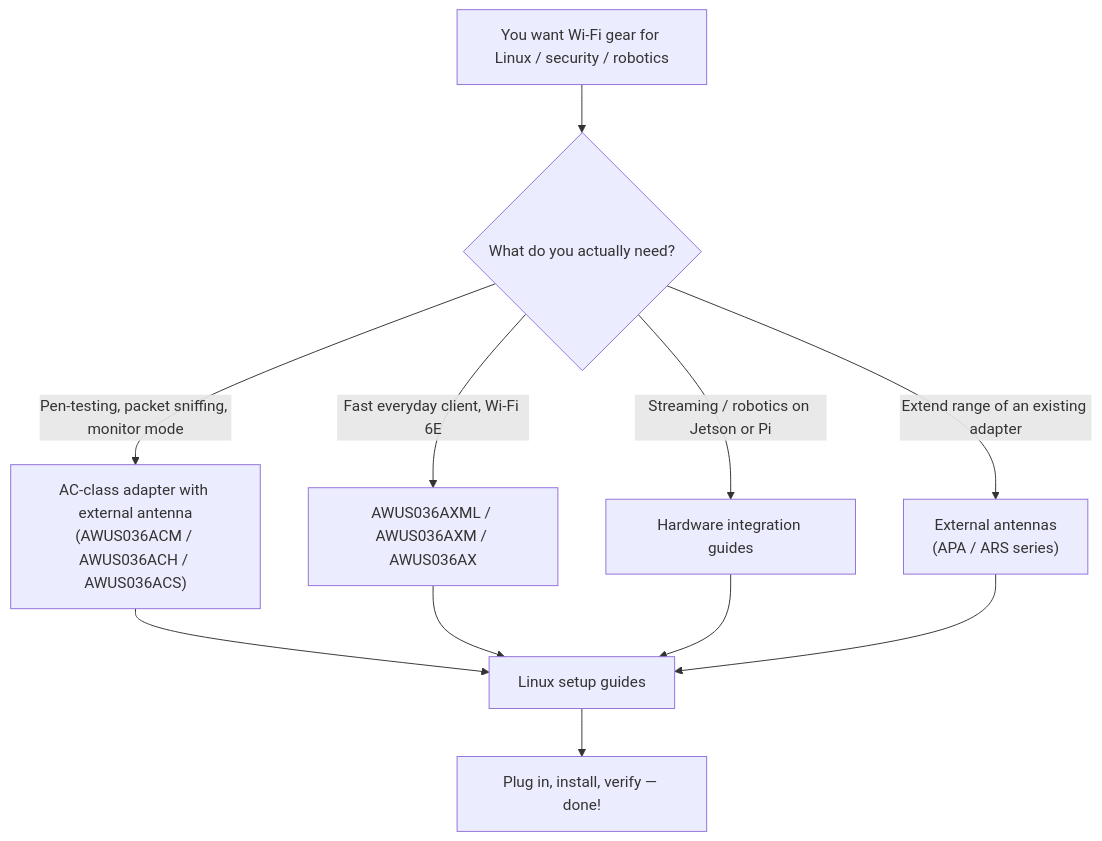
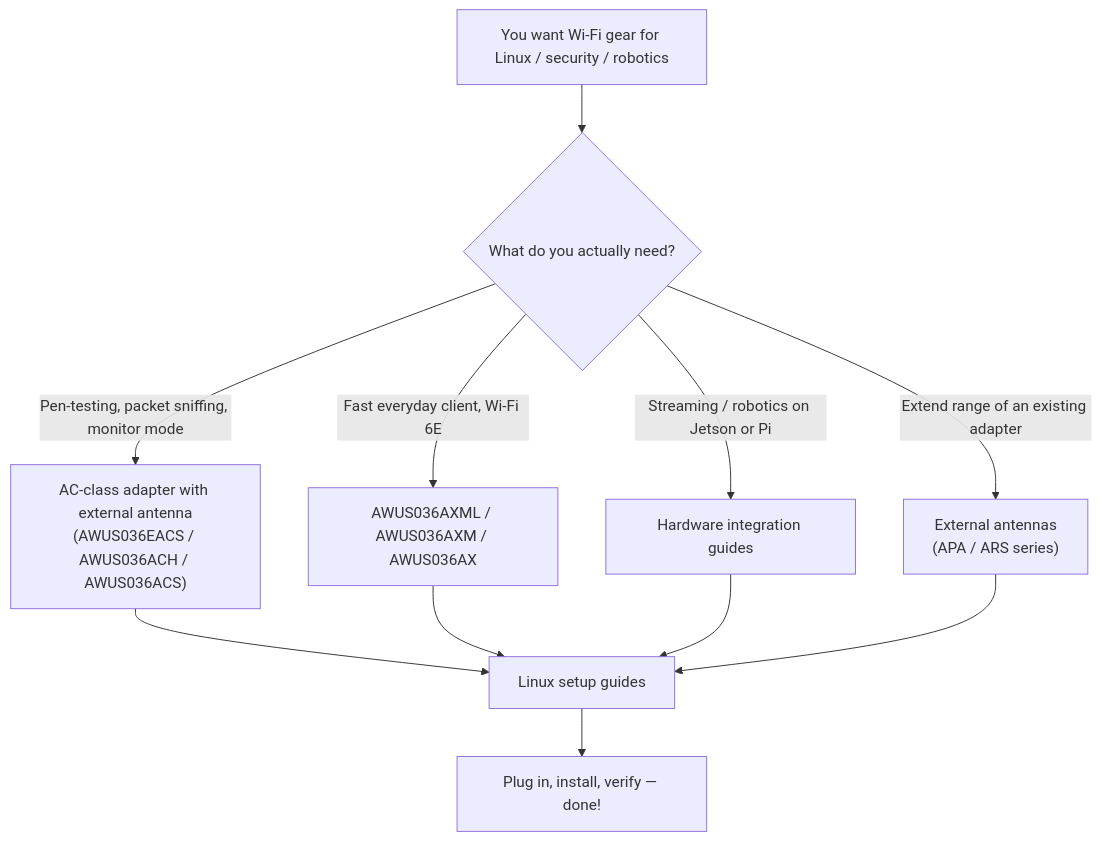
Before and after one commit to yopitek/yupitek-wiki: the diagram in docs/01-alfa-network/index.md, drawn with Mermaid. The commit also changed other lines of this file and 108 other files, not shown here.

````diff
--- a/docs/01-alfa-network/index.md
+++ b/docs/01-alfa-network/index.md
@@ -20,13 +20,13 @@
 ```mermaid
 flowchart TD
     A["You want Wi-Fi gear for Linux / security / robotics"] --> B{"What do you actually need?"}
-    B -->|"Pen-testing, packet sniffing, monitor mode"| C["AC-class adapter with external antenna<br/>(AWUS036ACM / AWUS036ACH / AWUS036ACS)"]
+    B -->|"Pen-testing, packet sniffing, monitor mode"| C["AC-class adapter with external antenna<br/>(AWUS036EACS / AWUS036ACH / AWUS036ACS)"]
     B -->|"Fast everyday client, Wi-Fi 6E"| D["AWUS036AXML / AWUS036AXM / AWUS036AX"]
     B -->|"Streaming / robotics on Jetson or Pi"| E["Hardware integration guides"]
     B -->|"Extend range of an existing adapter"| F["External antennas<br/>(APA / ARS series)"]
     C --> G["Linux setup guides"]
     D --> G
     E --> G
     F --> G
     G --> H["Plug in, install, verify — done!"]
 ```
````
